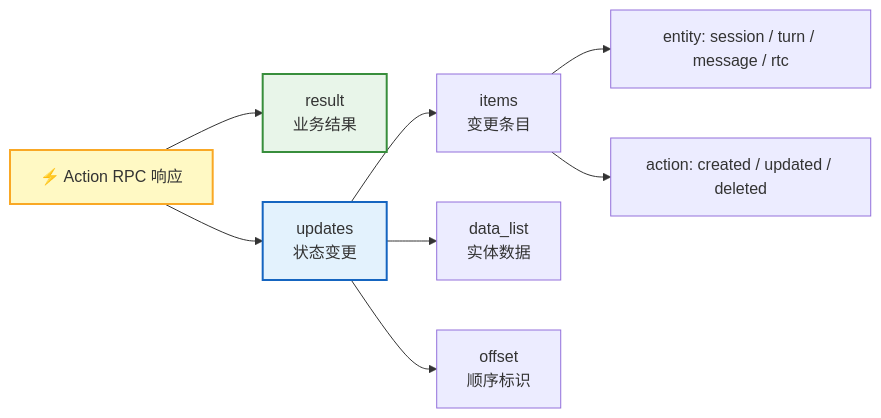
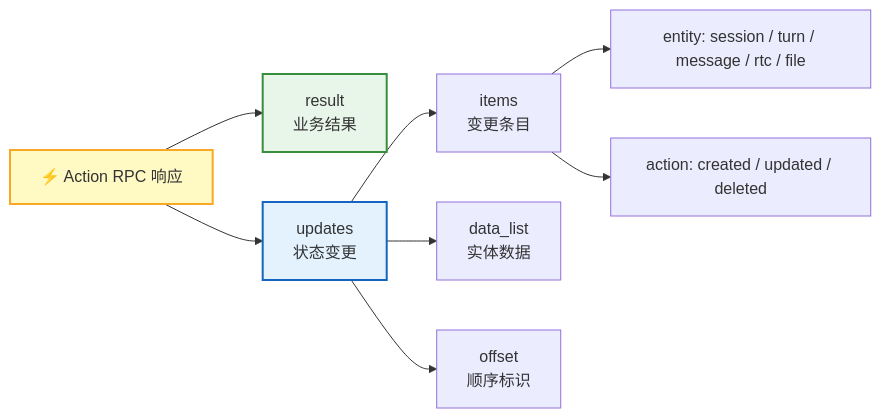
The seventh of 7 diagrams in src/content/docs/protocol/rpc.md (rtc-agent/docs), drawn with Mermaid before and after one commit. The commit also changed other lines of this file and 19 other files, not shown here.

````diff
--- a/src/content/docs/protocol/rpc.md
+++ b/src/content/docs/protocol/rpc.md
@@ -285,16 +352,16 @@
 ```mermaid
 flowchart LR
     A["⚡ Action RPC 响应"] --> B["result<br/>业务结果"]
     A --> C["updates<br/>状态变更"]
 
     C --> D["items<br/>变更条目"]
     C --> E["data_list<br/>实体数据"]
     C --> F["offset<br/>顺序标识"]
 
-    D --> G["entity: session / turn / message / rtc"]
+    D --> G["entity: session / turn / message / rtc / file"]
     D --> H["action: created / updated / deleted"]
 
     style A fill:#fff9c4,stroke:#f9a825,stroke-width:2px
     style B fill:#e8f5e9,stroke:#388e3c,stroke-width:2px
     style C fill:#e3f2fd,stroke:#1565c0,stroke-width:2px
 ```
````
